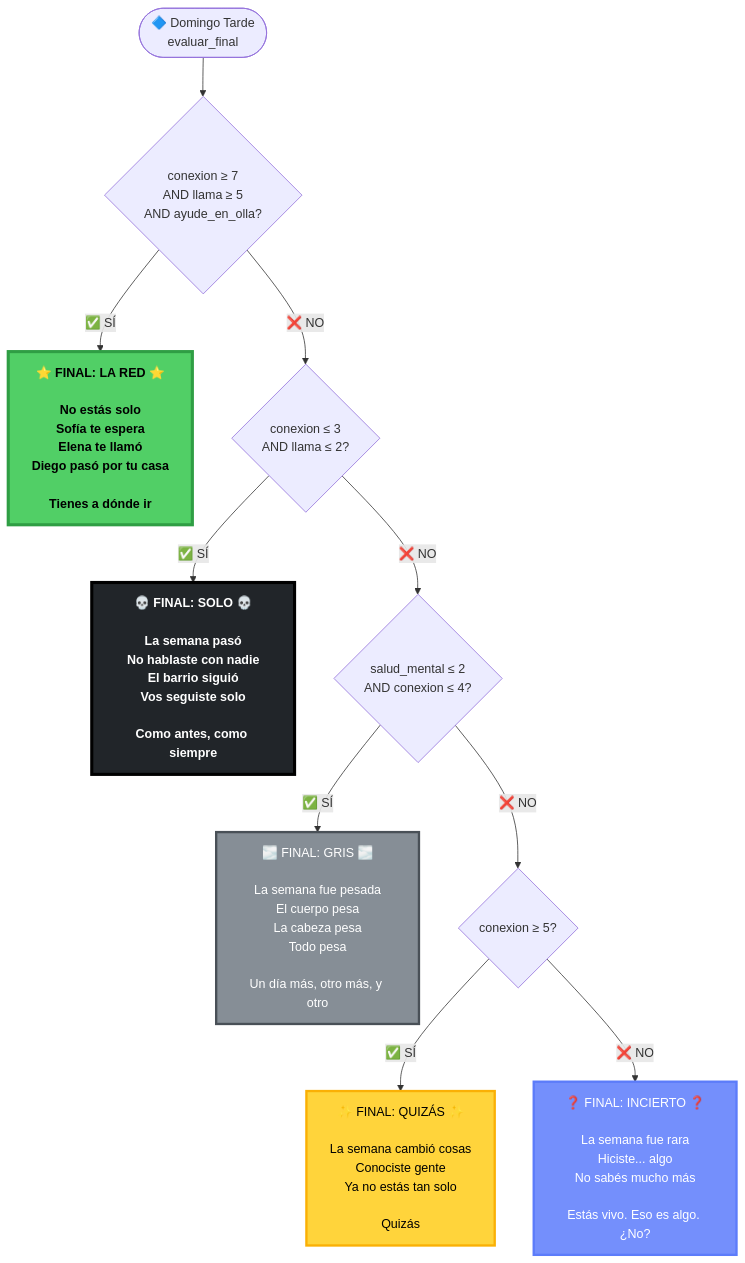
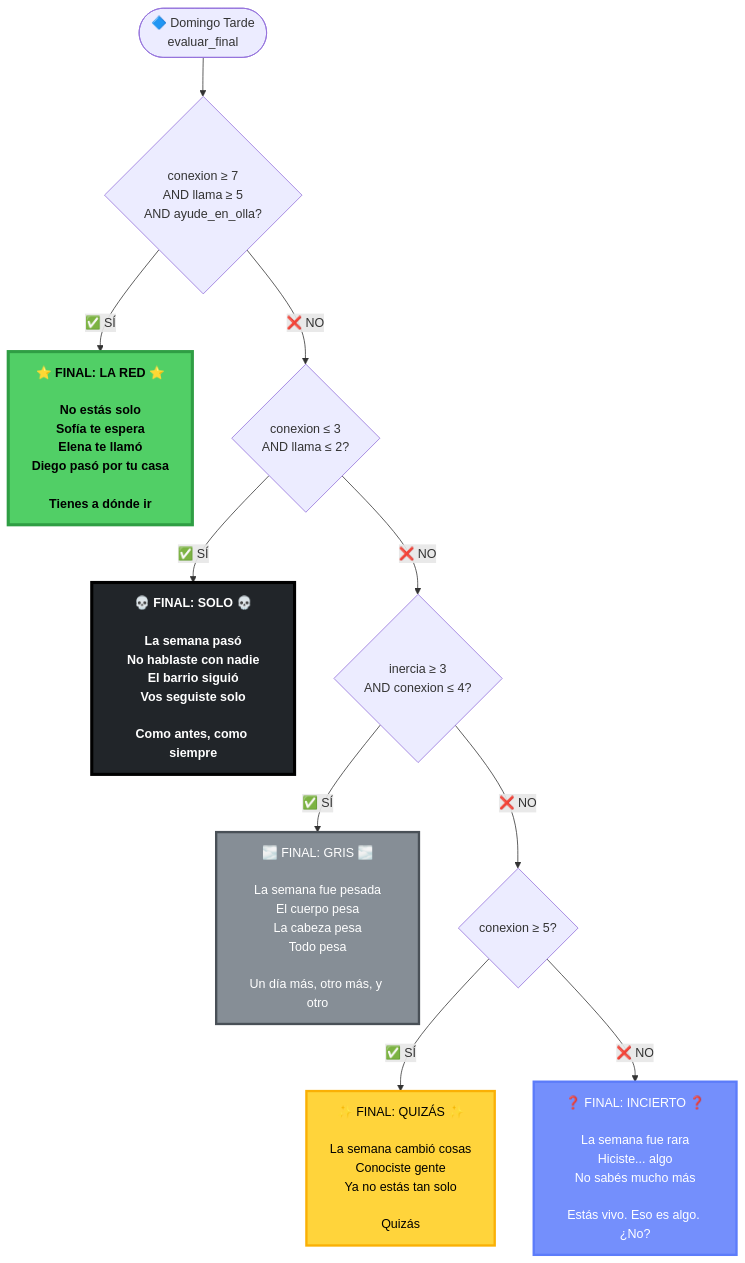
One commit to VicThor-wpp/un-dia-mas changed the fourth of 14 diagrams in docs/design/flowcharts.md. Above: the diagram before and after it, drawn with Mermaid. The commit also changed other lines of this file and 21 other files, not shown here.

````diff
--- a/docs/design/flowcharts.md
+++ b/docs/design/flowcharts.md
@@ -215,28 +215,28 @@
 ```mermaid
 flowchart TD
     START([🔷 Domingo Tarde<br/>evaluar_final])
 
     START --> CHECK1{conexion ≥ 7<br/>AND llama ≥ 5<br/>AND ayude_en_olla?}
 
     CHECK1 -->|✅ SÍ| ENDING1[⭐ FINAL: LA RED ⭐<br/><br/>No estás solo<br/>Sofía te espera<br/>Elena te llamó<br/>Diego pasó por tu casa<br/><br/>Tienes a dónde ir]:::ending_best
 
     CHECK1 -->|❌ NO| CHECK2{conexion ≤ 3<br/>AND llama ≤ 2?}
 
     CHECK2 -->|✅ SÍ| ENDING2[💀 FINAL: SOLO 💀<br/><br/>La semana pasó<br/>No hablaste con nadie<br/>El barrio siguió<br/>Vos seguiste solo<br/><br/>Como antes, como siempre]:::ending_worst
 
-    CHECK2 -->|❌ NO| CHECK3{salud_mental ≤ 2<br/>AND conexion ≤ 4?}
+    CHECK2 -->|❌ NO| CHECK3{inercia ≥ 3<br/>AND conexion ≤ 4?}
 
     CHECK3 -->|✅ SÍ| ENDING3[🌫️ FINAL: GRIS 🌫️<br/><br/>La semana fue pesada<br/>El cuerpo pesa<br/>La cabeza pesa<br/>Todo pesa<br/><br/>Un día más, otro más, y otro]:::ending_bad
 
     CHECK3 -->|❌ NO| CHECK4{conexion ≥ 5?}
 
     CHECK4 -->|✅ SÍ| ENDING4[✨ FINAL: QUIZÁS ✨<br/><br/>La semana cambió cosas<br/>Conociste gente<br/>Ya no estás tan solo<br/><br/>Quizás]:::ending_good
 
     CHECK4 -->|❌ NO| ENDING5[❓ FINAL: INCIERTO ❓<br/><br/>La semana fue rara<br/>Hiciste... algo<br/>No sabés mucho más<br/><br/>Estás vivo. Eso es algo. ¿No?]:::ending_neutral
 
     classDef ending_best fill:#51cf66,stroke:#2f9e44,stroke-width:4px,color:#000,font-weight:bold
     classDef ending_worst fill:#212529,stroke:#000,stroke-width:4px,color:#fff,font-weight:bold
     classDef ending_bad fill:#868e96,stroke:#495057,stroke-width:3px,color:#fff
     classDef ending_good fill:#ffd43b,stroke:#fab005,stroke-width:3px,color:#000
     classDef ending_neutral fill:#748ffc,stroke:#5c7cfa,stroke-width:3px,color:#fff
 ```
````
